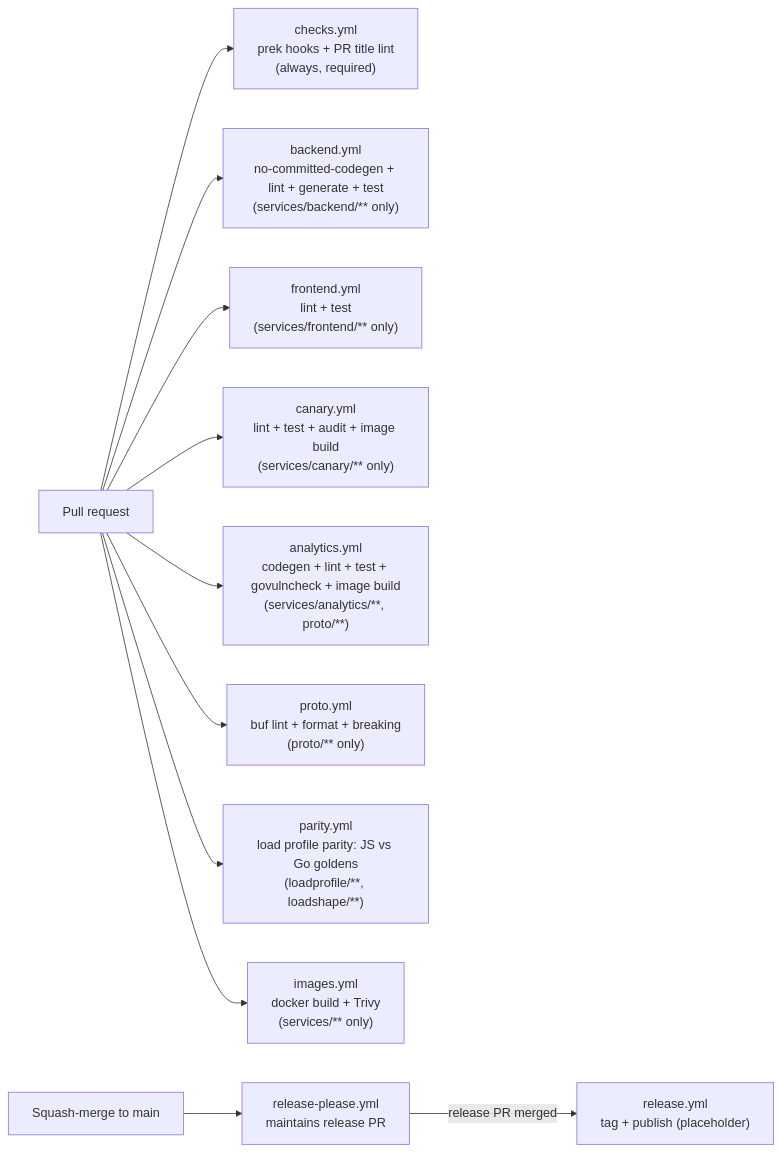
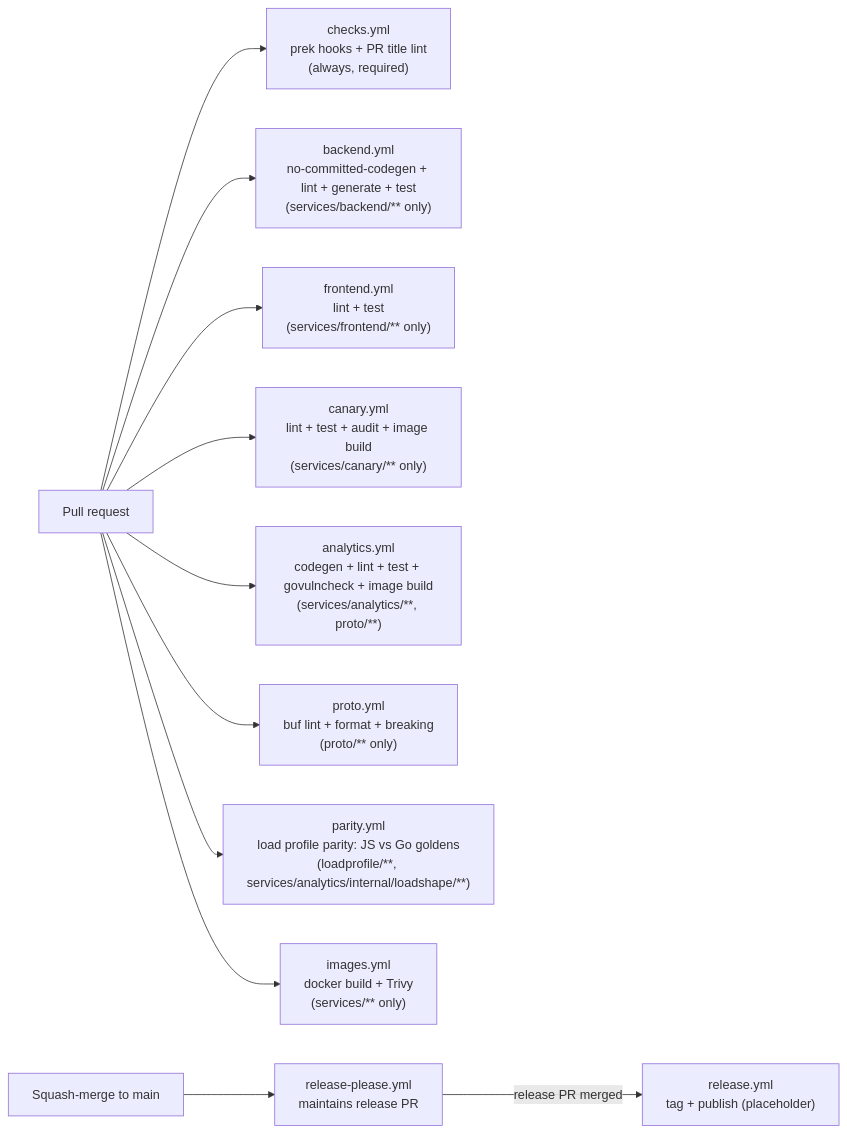
Before and after one commit to vovinacci/devops-demo: the diagram in docs/ci.md, drawn with Mermaid. The commit also changed other lines of this file and 7 other files, not shown here.

````diff
--- a/docs/ci.md
+++ b/docs/ci.md
@@ -12,13 +12,13 @@
 ```mermaid
 flowchart LR
     pr[Pull request] --> checks["checks.yml<br/>prek hooks + PR title lint<br/>(always, required)"]
     pr --> be["backend.yml<br/>no-committed-codegen + lint + generate + test<br/>(services/backend/** only)"]
     pr --> fe["frontend.yml<br/>lint + test<br/>(services/frontend/** only)"]
     pr --> ca["canary.yml<br/>lint + test + audit + image build<br/>(services/canary/** only)"]
     pr --> an["analytics.yml<br/>codegen + lint + test + govulncheck + image build<br/>(services/analytics/**, proto/**)"]
     pr --> proto["proto.yml<br/>buf lint + format + breaking<br/>(proto/** only)"]
-    pr --> par["parity.yml<br/>load profile parity: JS vs Go goldens<br/>(loadprofile/**, loadshape/**)"]
+    pr --> par["parity.yml<br/>load profile parity: JS vs Go goldens<br/>(loadprofile/**, services/analytics/internal/loadshape/**)"]
     pr --> img["images.yml<br/>docker build + Trivy<br/>(services/** only)"]
     merge[Squash-merge to main] --> rp["release-please.yml<br/>maintains release PR"]
     rp -->|release PR merged| rel["release.yml<br/>tag + publish (placeholder)"]
 ```
````
